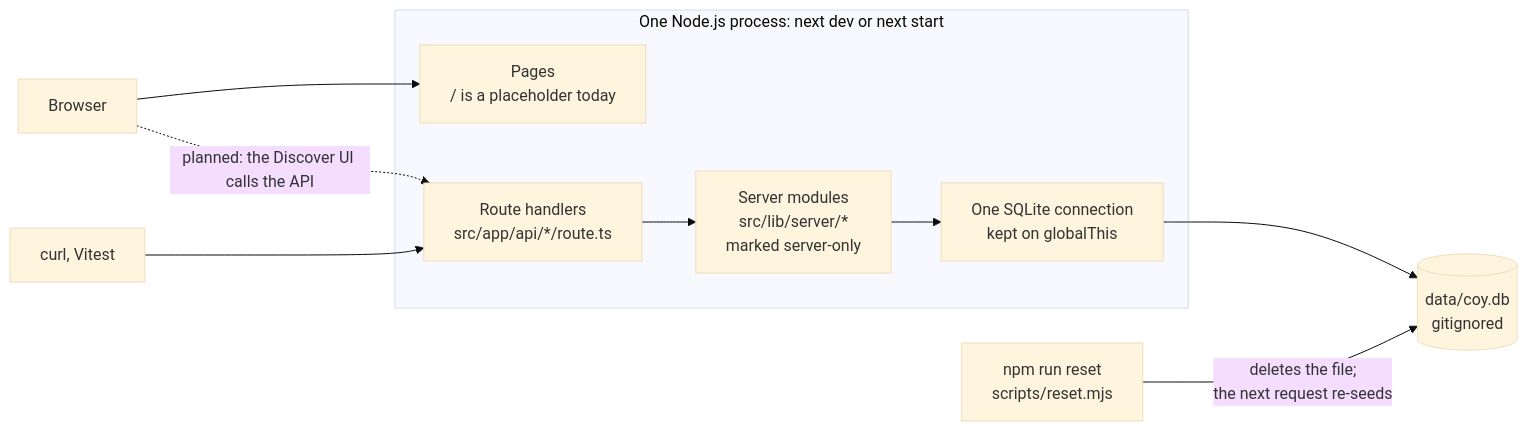
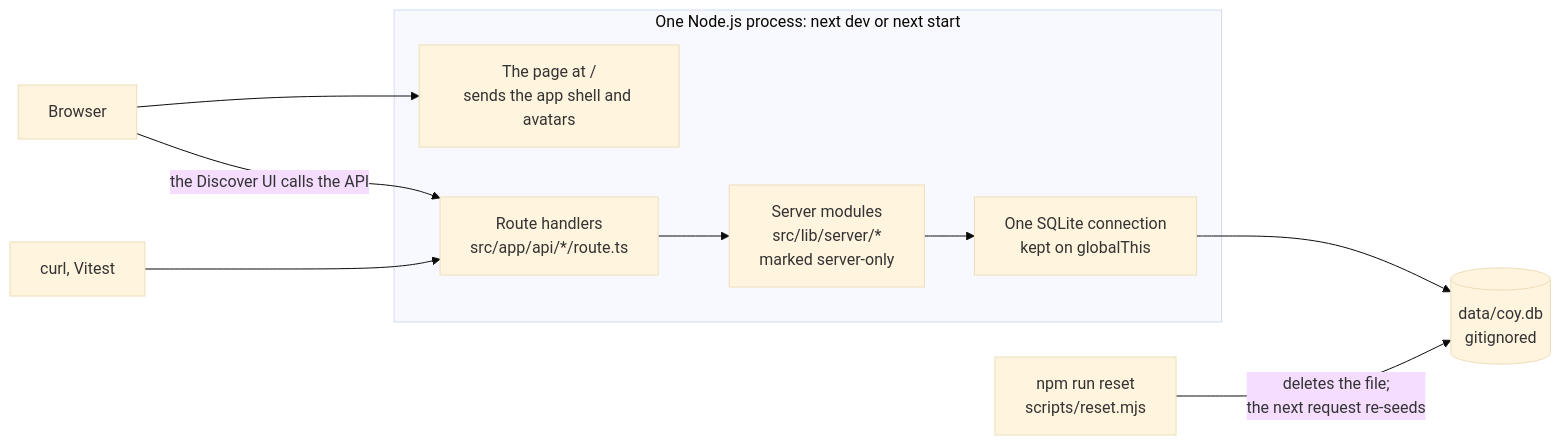
The second of 14 diagrams in docs/architecture.md (ashutosharma2/coy-discover-assignment), drawn with Mermaid (base theme) before and after one commit. The commit also changed other lines of this file and 56 other files, not shown here.

````diff
--- a/docs/architecture.md
+++ b/docs/architecture.md
@@ -64,21 +66,21 @@
 ```mermaid
 flowchart LR
     Browser["Browser"]
     Curl["curl, Vitest"]
     Reset["npm run reset<br/>scripts/reset.mjs"]
 
     subgraph Node["One Node.js process: next dev or next start"]
-        Pages["Pages<br/>/ is a placeholder today"]
+        Pages["The page at /<br/>sends the app shell and avatars"]
         Handlers["Route handlers<br/>src/app/api/*/route.ts"]
         Server["Server modules<br/>src/lib/server/*<br/>marked server-only"]
         Conn["One SQLite connection<br/>kept on globalThis"]
     end
 
     File[("data/coy.db<br/>gitignored")]
 
     Browser --> Pages
-    Browser -. "planned: the Discover UI calls the API" .-> Handlers
+    Browser -- "the Discover UI calls the API" --> Handlers
     Curl --> Handlers
     Handlers --> Server --> Conn --> File
     Reset -- "deletes the file;<br/>the next request re-seeds" --> File
 ```
````
